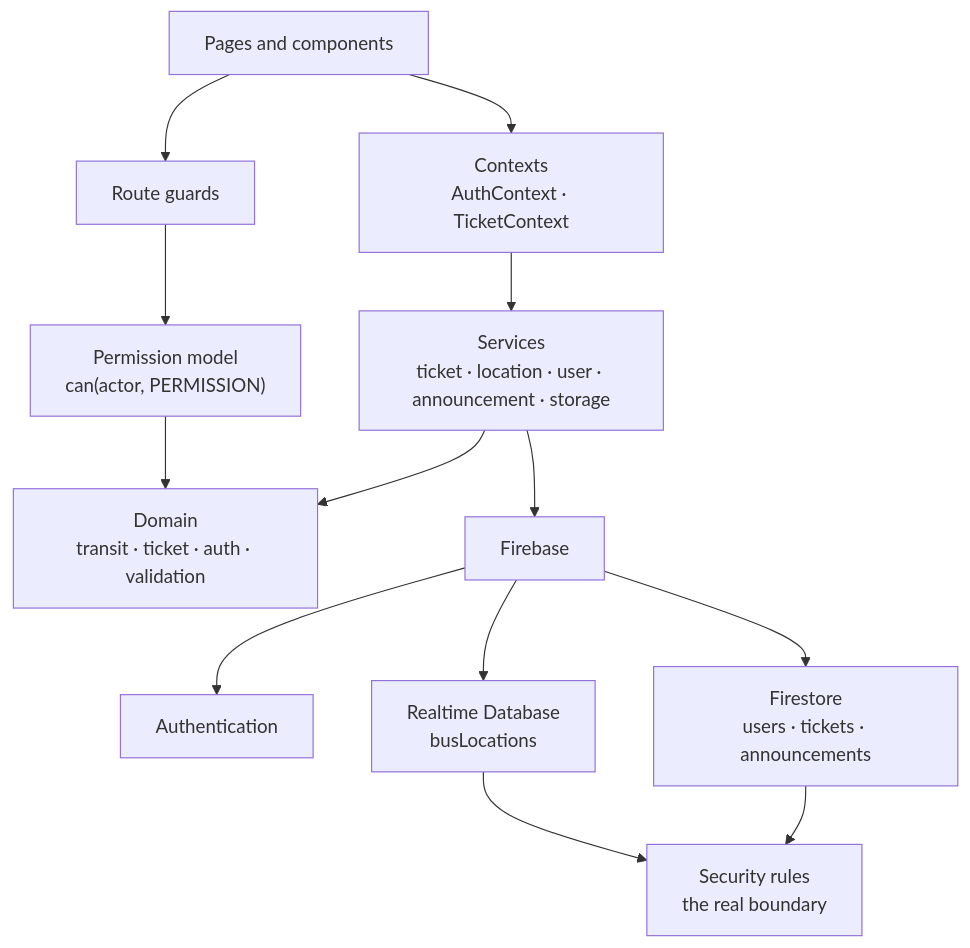
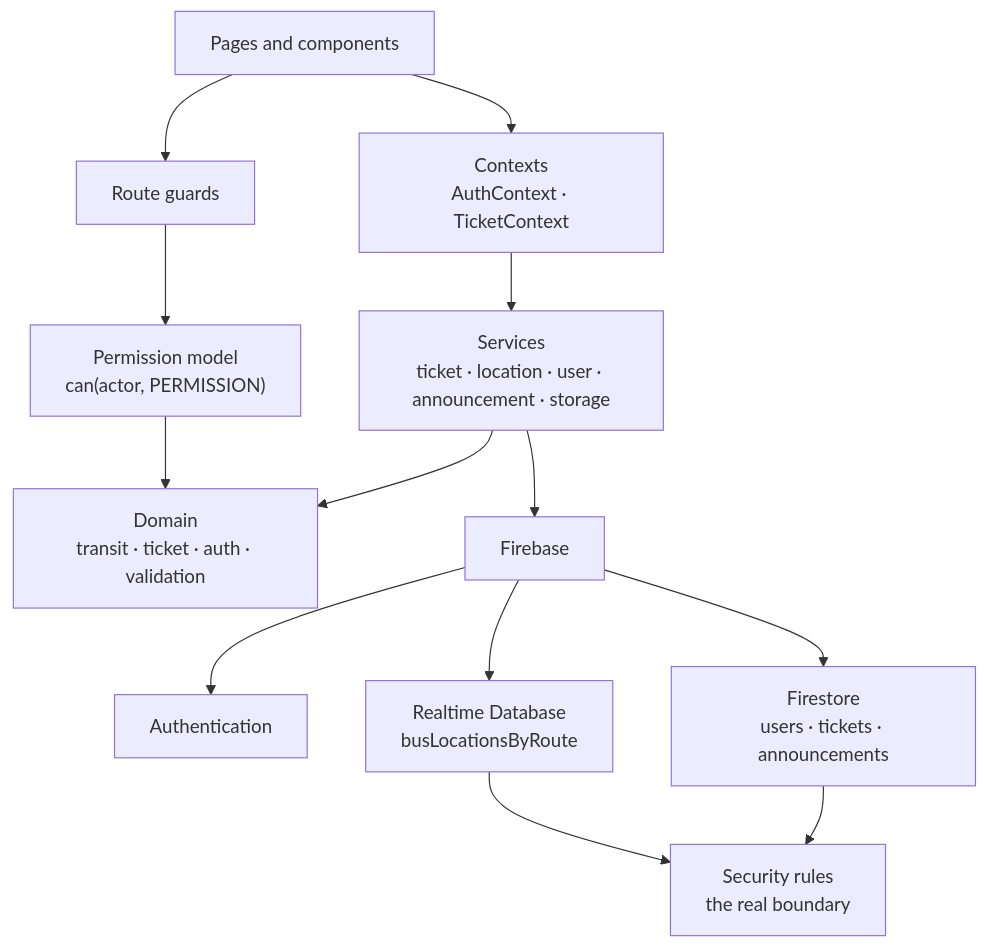
Before and after one commit to Mukund934/BRT-Bus-Service-3: the first of 3 diagrams in README.md, drawn with Mermaid. The commit also changed other lines of this file, not shown here.

````diff
--- a/README.md
+++ b/README.md
@@ -132,15 +140,15 @@
 ```mermaid
 flowchart TD
     UI["Pages and components"] --> CTX["Contexts<br/>AuthContext · TicketContext"]
     UI --> GUARD["Route guards"]
     CTX --> SVC["Services<br/>ticket · location · user · announcement · storage"]
     GUARD --> PERM["Permission model<br/>can(actor, PERMISSION)"]
     SVC --> DOM["Domain<br/>transit · ticket · auth · validation"]
     PERM --> DOM
     SVC --> FB["Firebase"]
     FB --> AUTH["Authentication"]
     FB --> FS["Firestore<br/>users · tickets · announcements"]
-    FB --> RTDB["Realtime Database<br/>busLocations"]
+    FB --> RTDB["Realtime Database<br/>busLocationsByRoute"]
     FS --> RULES["Security rules<br/>the real boundary"]
     RTDB --> RULES
 ```
````
